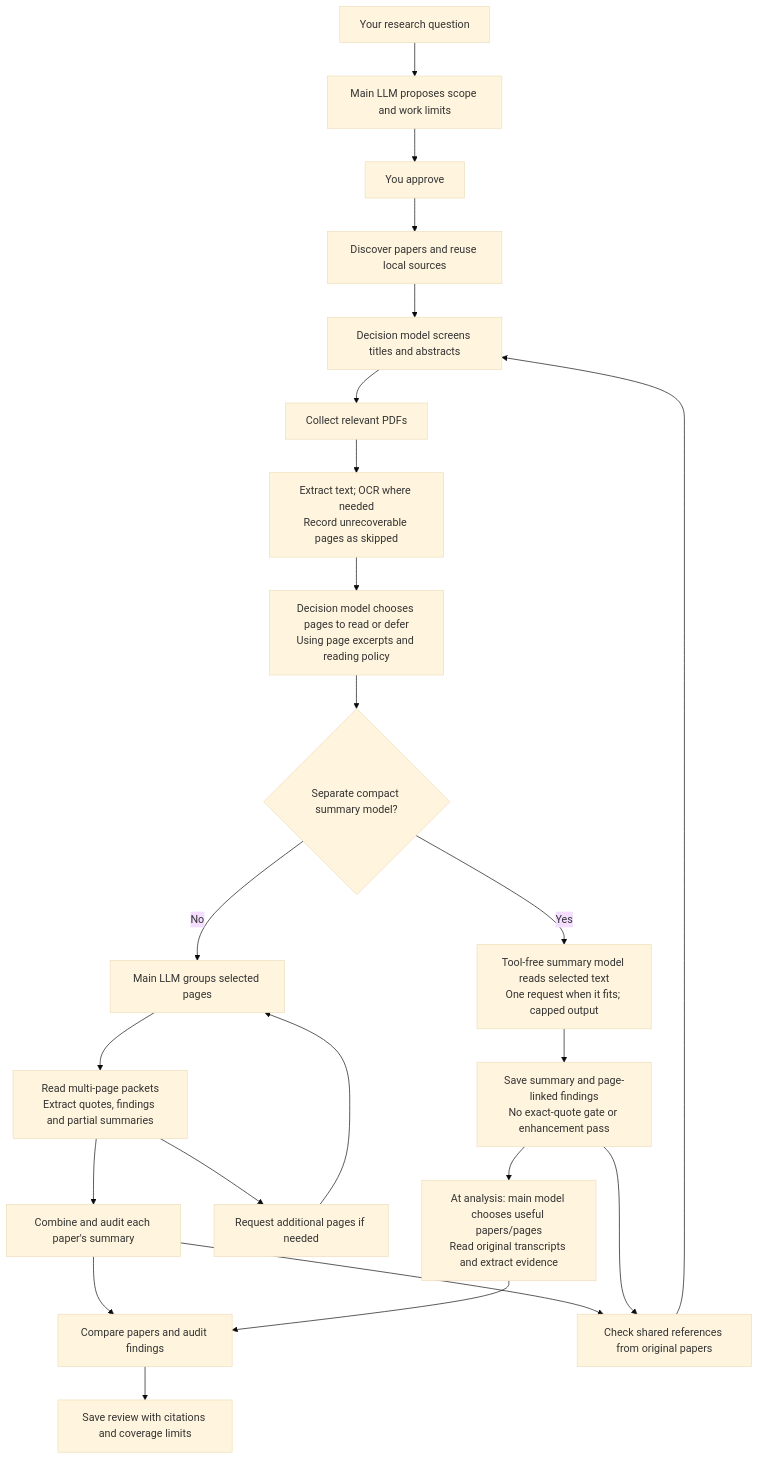
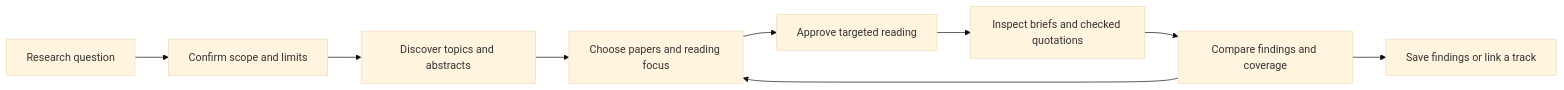
The diagram in README.md (giridharmunagala/scholarweave), drawn with Mermaid (base theme) before and after one commit. The commit also changed other lines of this file and 8 other files, not shown here.

````diff
--- a/README.md
+++ b/README.md
@@ -227,25 +153,11 @@
 ```mermaid
-flowchart TD
-    A["Your research question"] --> B["Main LLM proposes scope and work limits"]
-    B --> C["You approve"]
-    C --> D["Discover papers and reuse local sources"]
-    D --> E["Decision model screens titles and abstracts"]
-    E --> F["Collect relevant PDFs"]
-    F --> G["Extract text; OCR where needed<br/>Record unrecoverable pages as skipped"]
-    G --> H["Decision model chooses pages to read or defer<br/>Using page excerpts and reading policy"]
-    H --> P{"Separate compact summary model?"}
-    P -->|Yes| Q["Tool-free summary model reads selected text<br/>One request when it fits; capped output"]
-    Q --> R["Save summary and page-linked findings<br/>No exact-quote gate or enhancement pass"]
-    P -->|No| I["Main LLM groups selected pages"]
-    I --> J["Read multi-page packets<br/>Extract quotes, findings and partial summaries"]
-    J --> K["Combine and audit each paper's summary"]
-    J --> L["Request additional pages if needed"]
-    L --> I
-    K --> M["Compare papers and audit findings"]
-    R --> S["At analysis: main model chooses useful papers/pages<br/>Read original transcripts and extract evidence"]
-    S --> M
-    M --> N["Save review with citations and coverage limits"]
-    K --> O["Check shared references from original papers"]
-    R --> O
-    O --> E
+flowchart LR
+    A["Research question"] --> B["Confirm scope and limits"]
+    B --> C["Discover topics and abstracts"]
+    C --> D["Choose papers and reading focus"]
+    D --> E["Approve targeted reading"]
+    E --> F["Inspect briefs and checked quotations"]
+    F --> G["Compare findings and coverage"]
+    G --> D
+    G --> H["Save findings or link a track"]
 ```
````
